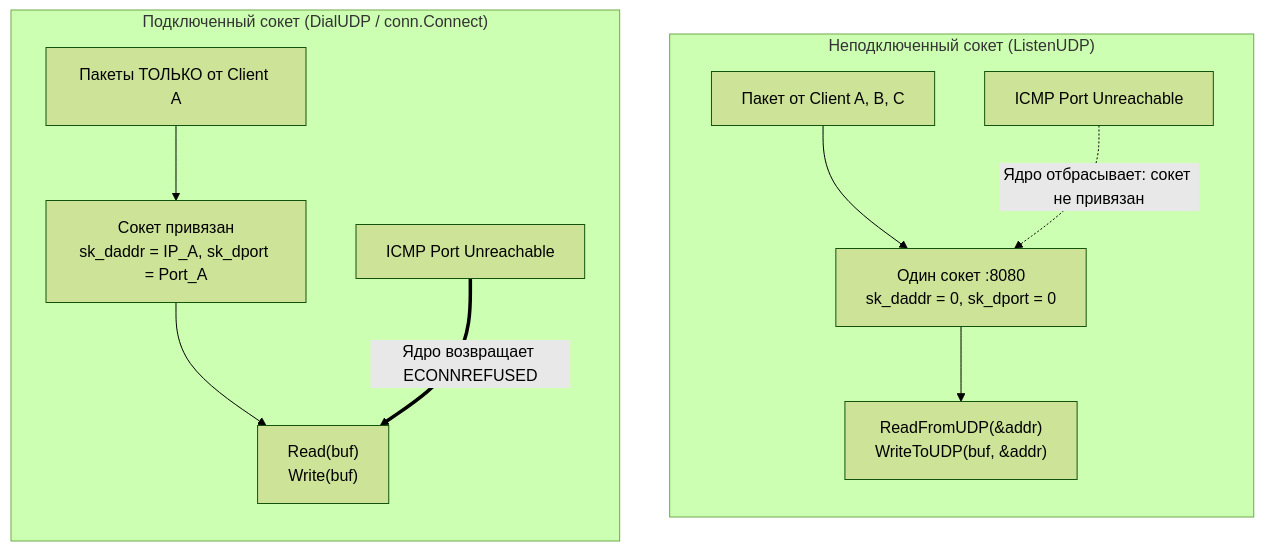
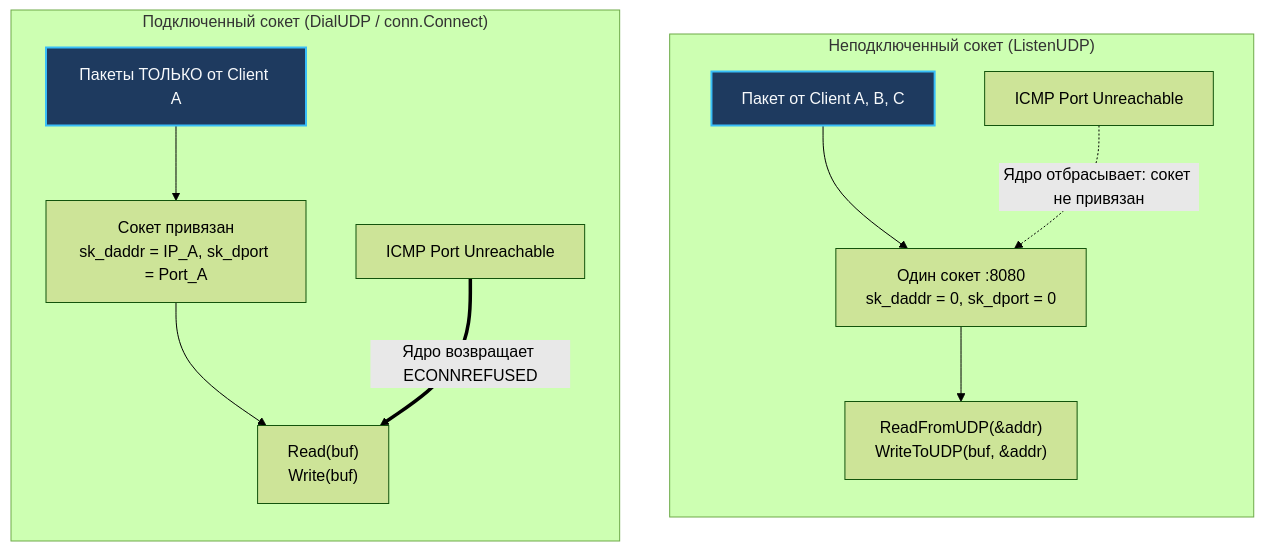
Before and after one commit to UnrealTemplier/go-textbook: the third of 3 diagrams in sources/3. Компьютерные сети и сетевой стек/14. UDP. Когда ненадежный транспорт лучше TCP.md, drawn with Mermaid (forest theme). The commit also changed other lines of this file and 1666 other files, not shown here.

First line of the commit message:
feat(mermaid): add semantic color classDef to 1369 colorless flowchart/graph diagrams

````diff
--- a/sources/3. Компьютерные сети и сетевой стек/14. UDP. Когда ненадежный транспорт лучше TCP.md
+++ b/sources/3. Компьютерные сети и сетевой стек/14. UDP. Когда ненадежный транспорт лучше TCP.md
@@ -134,16 +154,26 @@
 ```mermaid
 flowchart TD
+    classDef process  fill:#1e293b,stroke:#38bdf8,stroke-width:1px,color:#f8fafc
+    classDef success  fill:#064e3b,stroke:#34d399,stroke-width:1px,color:#f8fafc
+    classDef error    fill:#7f1d1d,stroke:#f87171,stroke-width:1px,color:#f8fafc
+    classDef warning  fill:#78350f,stroke:#fbbf24,stroke-width:1px,color:#f8fafc
+    classDef entry    fill:#1e3a5f,stroke:#38bdf8,stroke-width:2px,color:#f8fafc
+    classDef aux      fill:#334155,stroke:#64748b,stroke-width:1px,color:#f8fafc
+    classDef system   fill:#312e81,stroke:#a78bfa,stroke-width:1px,color:#f8fafc
+    classDef data     fill:#132d29,stroke:#2dd4bf,stroke-width:1px,color:#f8fafc
+    classDef network  fill:#881337,stroke:#fb7185,stroke-width:1px,color:#f8fafc
+    classDef accent   fill:#1e1b4b,stroke:#818cf8,stroke-width:1px,color:#f8fafc
     subgraph UNCONNECTED["Неподключенный сокет (ListenUDP)"]
         direction TB
-        U_IN["Пакет от Client A, B, C"] --> U_SOCK["Один сокет :8080<br>sk_daddr = 0, sk_dport = 0"]
+        U_IN["Пакет от Client A, B, C"]:::entry --> U_SOCK["Один сокет :8080<br>sk_daddr = 0, sk_dport = 0"]
         U_SOCK --> U_APP["ReadFromUDP(&addr)<br>WriteToUDP(buf, &addr)"]
         U_ICMP["ICMP Port Unreachable"] -.->|Ядро отбрасывает: сокет не привязан| U_SOCK
     end
 
     subgraph CONNECTED["Подключенный сокет (DialUDP / conn.Connect)"]
         direction TB
-        C_IN["Пакеты ТОЛЬКО от Client A"] --> C_SOCK["Сокет привязан<br>sk_daddr = IP_A, sk_dport = Port_A"]
+        C_IN["Пакеты ТОЛЬКО от Client A"]:::entry --> C_SOCK["Сокет привязан<br>sk_daddr = IP_A, sk_dport = Port_A"]
         C_SOCK --> C_APP["Read(buf)<br>Write(buf)"]
         C_ICMP["ICMP Port Unreachable"] ==>|Ядро возвращает ECONNREFUSED| C_APP
     end
 ```
````
